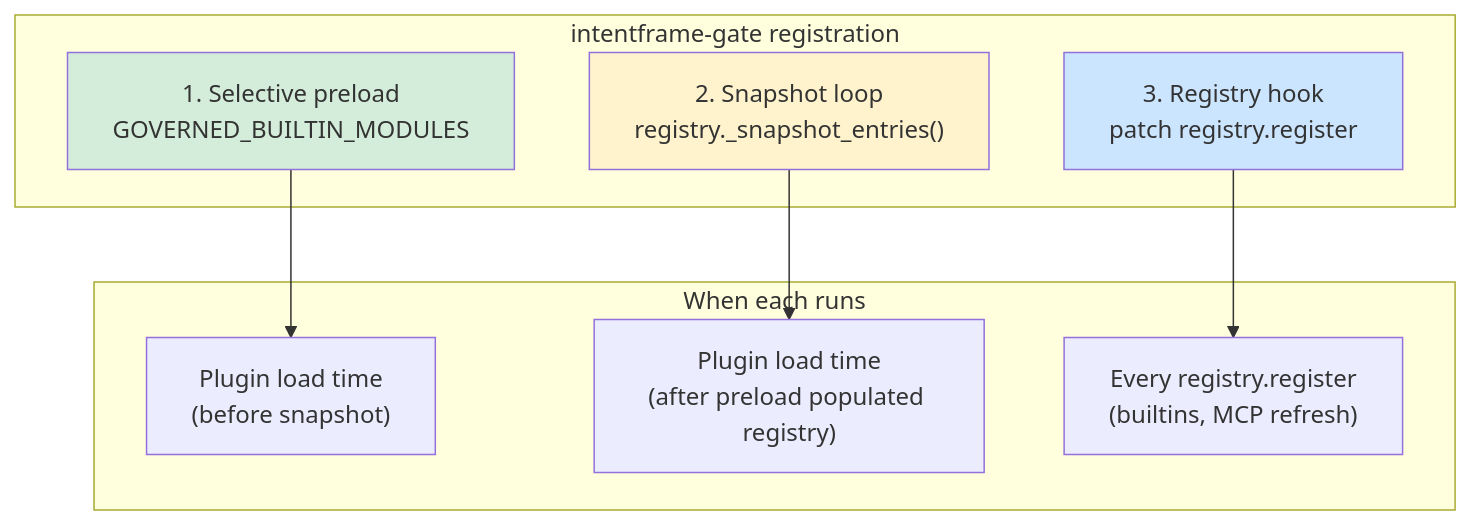
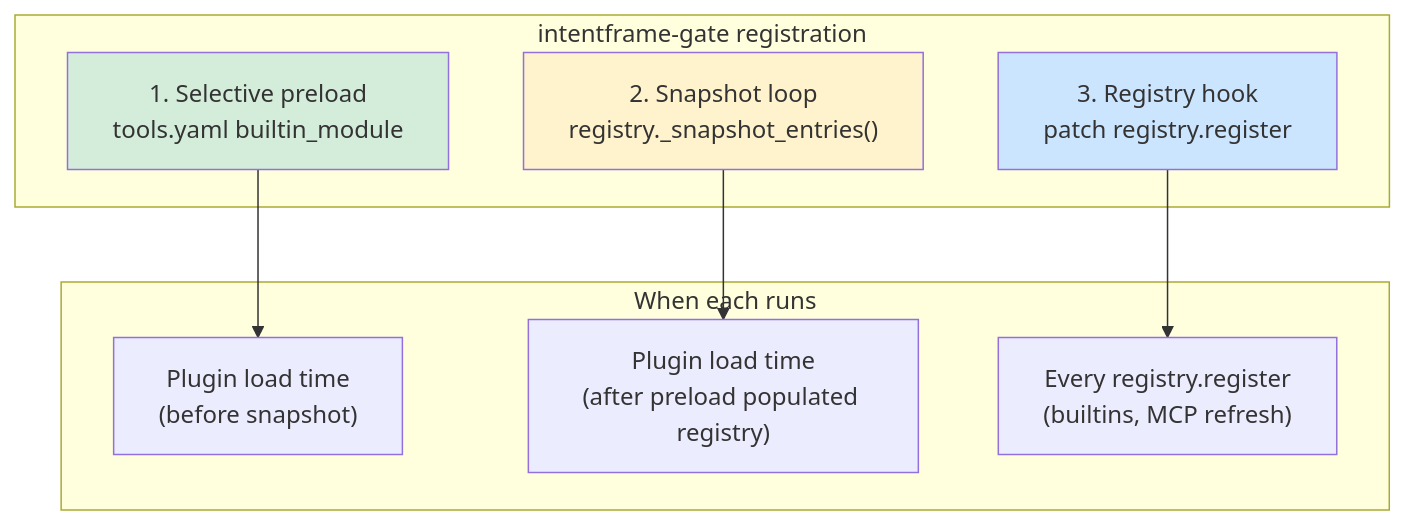
One commit to intentframe/agent-integrations changed the second of 5 diagrams in docs/hermes-plugin-registration-order.md. Above: the diagram before and after it, drawn with Mermaid. The commit also changed other lines of this file and 19 other files, not shown here.

````diff
--- a/docs/hermes-plugin-registration-order.md
+++ b/docs/hermes-plugin-registration-order.md
@@ -154,22 +159,22 @@
 ```mermaid
 flowchart TB
     subgraph mechanisms["intentframe-gate registration"]
-        A["1. Selective preload<br/>GOVERNED_BUILTIN_MODULES"]
+        A["1. Selective preload<br/>tools.yaml builtin_module"]
         B["2. Snapshot loop<br/>registry._snapshot_entries()"]
         C["3. Registry hook<br/>patch registry.register"]
     end
 
     subgraph when["When each runs"]
         T1["Plugin load time<br/>(before snapshot)"]
         T2["Plugin load time<br/>(after preload populated registry)"]
         T3["Every registry.register<br/>(builtins, MCP refresh)"]
     end
 
     A --> T1
     B --> T2
     C --> T3
 
     style A fill:#d4edda
     style B fill:#fff3cd
     style C fill:#cce5ff
 ```
````
